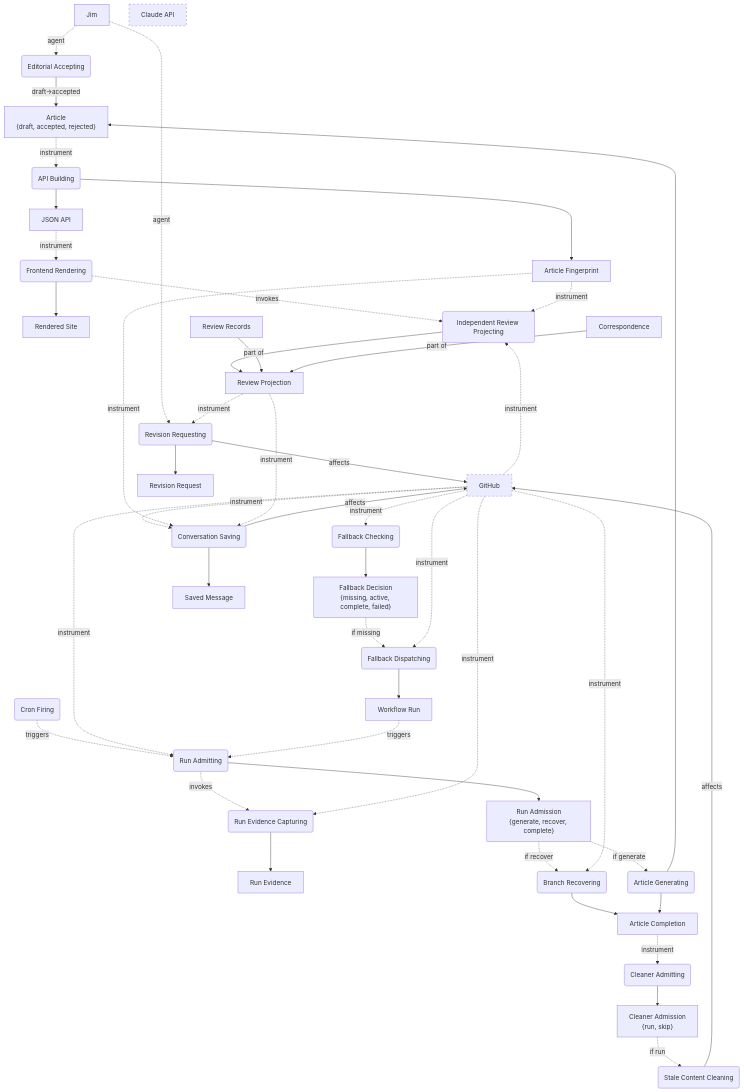
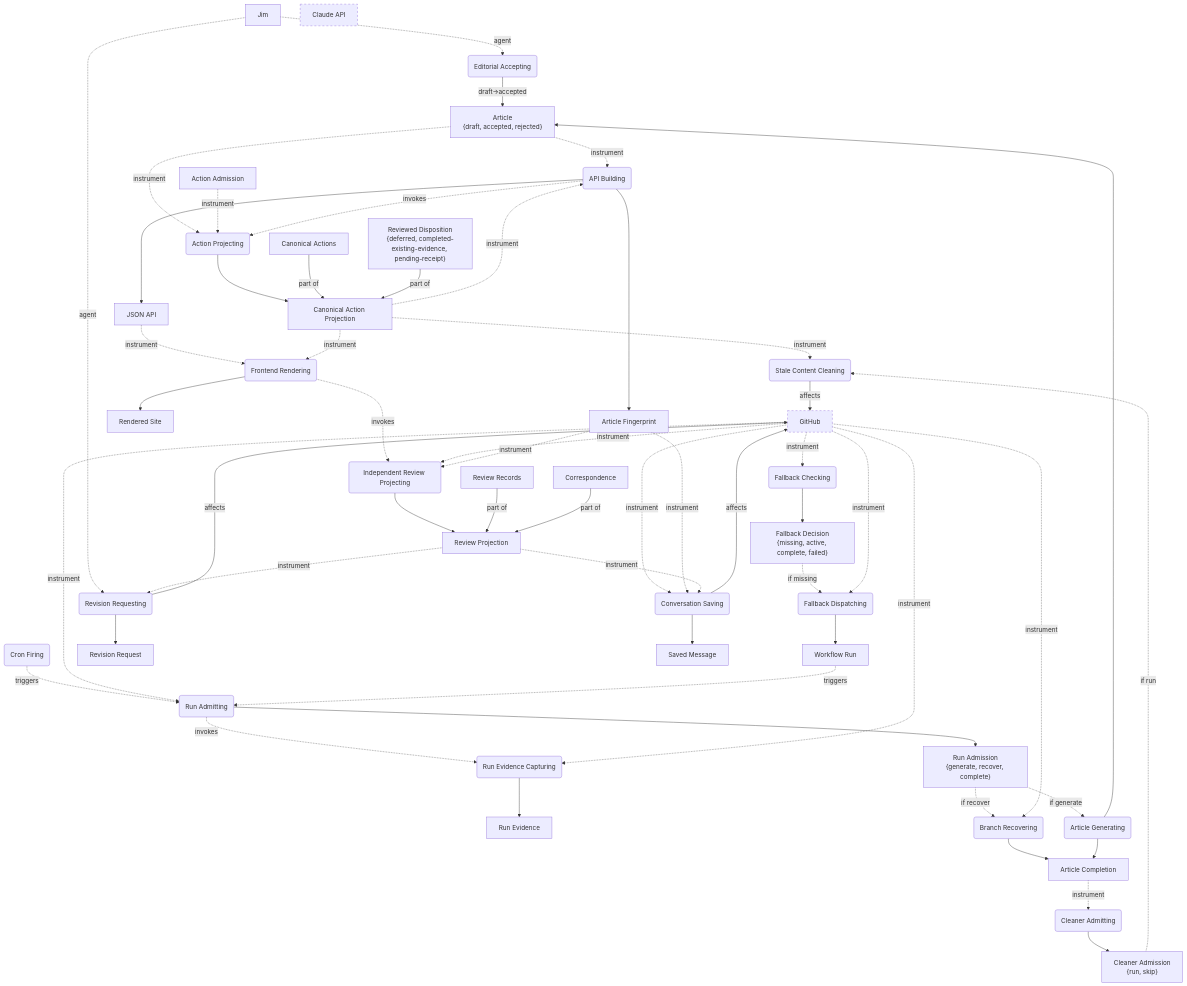
Before and after one commit to ojfbot/daily-logger: the first of 2 diagrams in opm/system.md, drawn with Mermaid. The commit also changed other lines of this file and 29 other files, not shown here.

Commit message:
actions: admit reviewed October 15 suggestions and reconcile October 16 records

```diff
--- a/opm/system.md
+++ b/opm/system.md
@@ -23,12 +23,17 @@
   CleanerAdmitting("Cleaner Admitting")
   CleanerAdmission["Cleaner Admission<br/>{run, skip}"]
   StaleContentCleaning("Stale Content Cleaning")
+  CanonicalActionProjection["Canonical Action Projection"]
   FallbackChecking("Fallback Checking")
   FallbackDecision["Fallback Decision<br/>{missing, active, complete, failed}"]
   FallbackDispatching("Fallback Dispatching")
   WorkflowRun["Workflow Run"]
   EditorialAccepting("Editorial Accepting")
   APIBuilding("API Building")
+  ActionProjecting("Action Projecting")
+  ActionAdmission["Action Admission"]
+  ReviewedDisposition["Reviewed Disposition<br/>{deferred, completed-existing-evidence, pending-receipt}"]
+  CanonicalActions["Canonical Actions"]
   JSONAPI["JSON API"]
   FrontendRendering("Frontend Rendering")
   RenderedSite["Rendered Site"]
@@ -37,7 +42,6 @@
   ReviewProjection["Review Projection"]
   RevisionRequesting("Revision Requesting")
   RevisionRequest["Revision Request"]
-
   ConversationSaving("Conversation Saving")
   SavedMessage["Saved Message"]
   ReviewRecords["Review Records"]
@@ -60,6 +64,7 @@
   ArticleCompletion -. instrument .-> CleanerAdmitting
   CleanerAdmitting --> CleanerAdmission
   CleanerAdmission -. if run .-> StaleContentCleaning
+  CanonicalActionProjection -. instrument .-> StaleContentCleaning
   StaleContentCleaning -- affects --> GitHub
   GitHub -. instrument .-> FallbackChecking
   FallbackChecking --> FallbackDecision
@@ -71,8 +76,16 @@
   Jim -. agent .-> EditorialAccepting
   EditorialAccepting -- draft→accepted --> Article
   Article -. instrument .-> APIBuilding
+  Article -. instrument .-> ActionProjecting
+  ActionAdmission -. instrument .-> ActionProjecting
+  ActionProjecting --> CanonicalActionProjection
+  CanonicalActions -- part of --> CanonicalActionProjection
+  ReviewedDisposition -- part of --> CanonicalActionProjection
+  APIBuilding -. invokes .-> ActionProjecting
+  CanonicalActionProjection -. instrument .-> APIBuilding
   APIBuilding --> JSONAPI
   JSONAPI -. instrument .-> FrontendRendering
+  CanonicalActionProjection -. instrument .-> FrontendRendering
   FrontendRendering --> RenderedSite
   APIBuilding --> ArticleFingerprint
   FrontendRendering -. invokes .-> IndependentReviewProjecting
```
